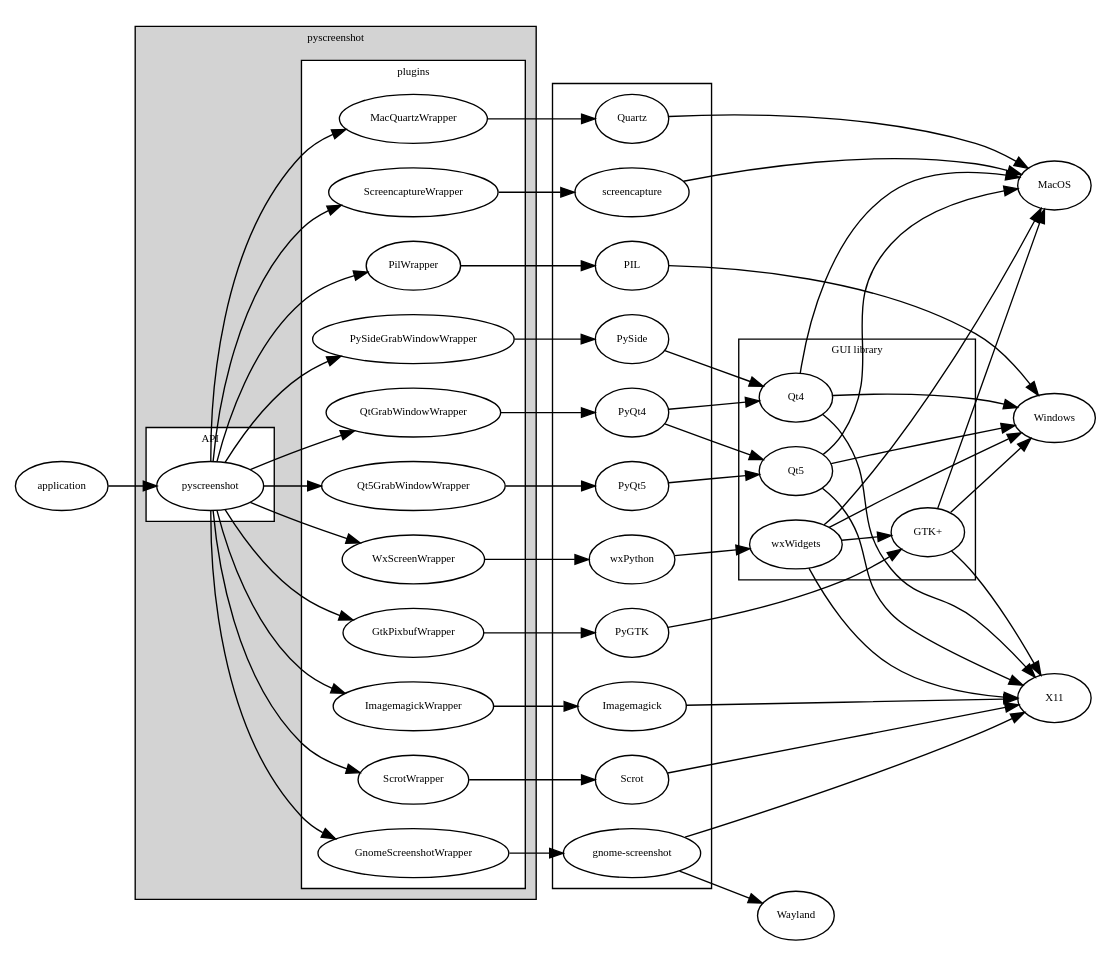
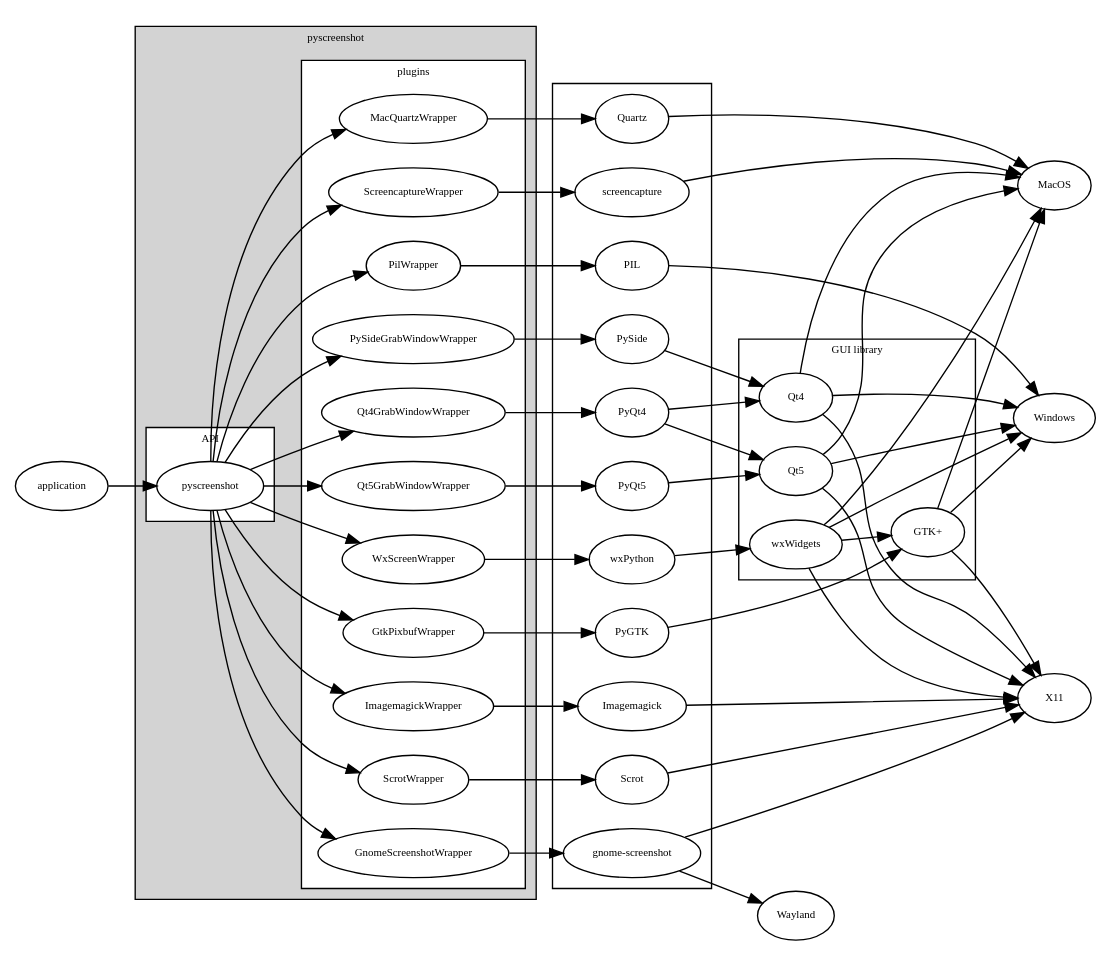
Before and after one commit to ponty/pyscreenshot: the diagram in docs/hierarchy.rst, drawn with Graphviz. The commit also changed 4 other files, not shown here.

```diff
--- a/docs/hierarchy.rst
+++ b/docs/hierarchy.rst
@@ -25,7 +25,7 @@
                 label = "plugins";
 
                 pyscreenshot -> GtkPixbufWrapper;
-                pyscreenshot -> QtGrabWindowWrapper;
+                pyscreenshot -> Qt4GrabWindowWrapper;
                 pyscreenshot -> Qt5GrabWindowWrapper;
                 pyscreenshot -> PySideGrabWindowWrapper;
                 pyscreenshot -> PilWrapper;
@@ -58,7 +58,7 @@
             "GTK+";
         }
 
-        QtGrabWindowWrapper -> PyQt4 -> Qt4;
+        Qt4GrabWindowWrapper -> PyQt4 -> Qt4;
         PyQt4 -> Qt5;
         Qt5GrabWindowWrapper -> PyQt5 -> Qt5;
         PySideGrabWindowWrapper -> PySide -> Qt4;
```
